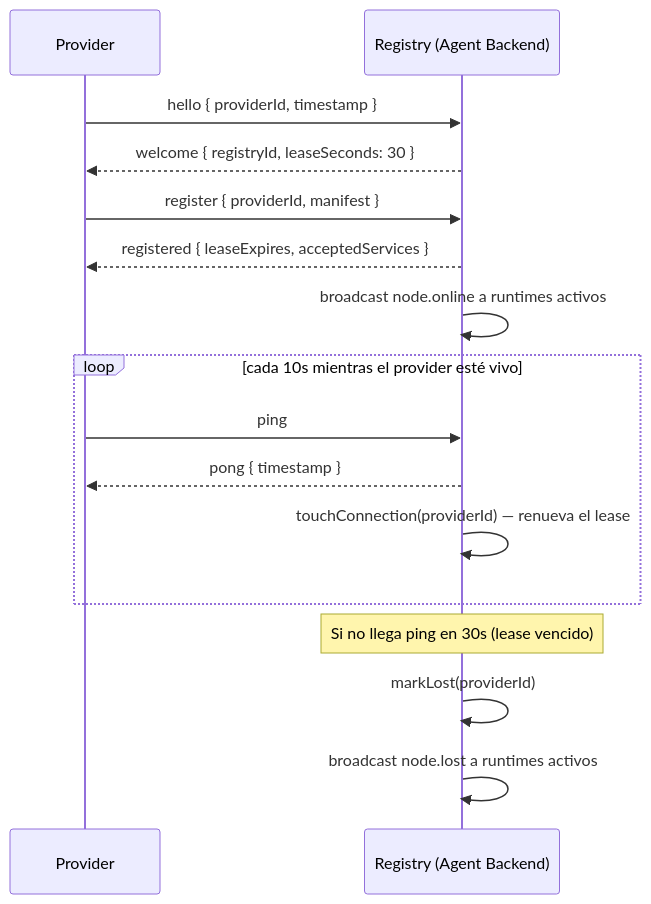
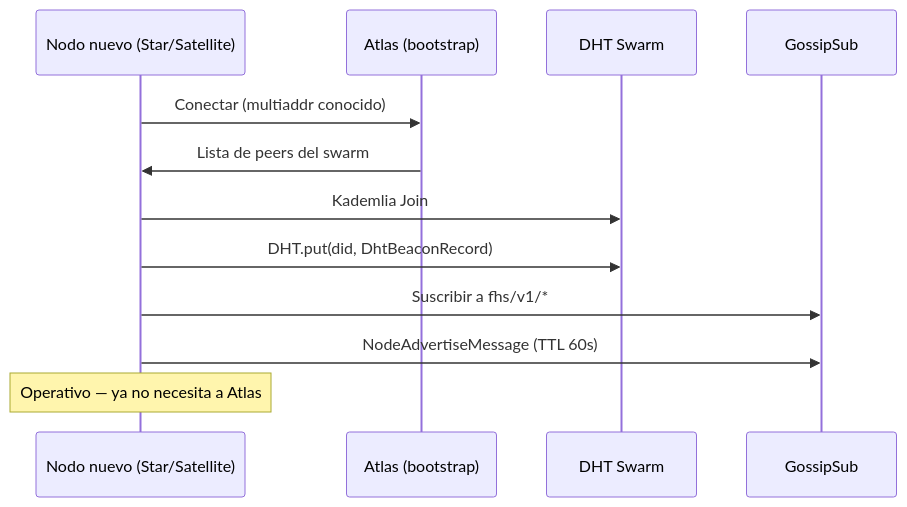
Before and after one commit to rafex/galaxIA: the second of 3 diagrams in site/protocolo.md, drawn with Mermaid. The commit also changed other lines of this file and 25 other files, not shown here.

````diff
--- a/site/protocolo.md
+++ b/site/protocolo.md
@@ -73,21 +77,18 @@
 ```mermaid
 sequenceDiagram
-    participant P as Provider
-    participant R as Registry (Agent Backend)
+    participant N as Nodo nuevo (Star/Satellite)
+    participant A as Atlas (bootstrap)
+    participant D as DHT Swarm
+    participant G as GossipSub
 
-    P->>R: hello { providerId, timestamp }
-    R-->>P: welcome { registryId, leaseSeconds: 30 }
-    P->>R: register { providerId, manifest }
-    R-->>P: registered { leaseExpires, acceptedServices }
-    R->>R: broadcast node.online a runtimes activos
+    N->>A: Conectar (multiaddr conocido)
+    A->>N: Lista de peers del swarm
 
-    loop cada 10s mientras el provider esté vivo
-        P->>R: ping
-        R-->>P: pong { timestamp }
-        R->>R: touchConnection(providerId) — renueva el lease
-    end
+    N->>D: Kademlia Join
+    N->>D: DHT.put(did, DhtBeaconRecord)
 
-    Note over R: Si no llega ping en 30s (lease vencido)
-    R->>R: markLost(providerId)
-    R->>R: broadcast node.lost a runtimes activos
+    N->>G: Suscribir a fhs/v1/*
+    N->>G: NodeAdvertiseMessage (TTL 60s)
+
+    Note over N: Operativo — ya no necesita a Atlas
 ```
````
